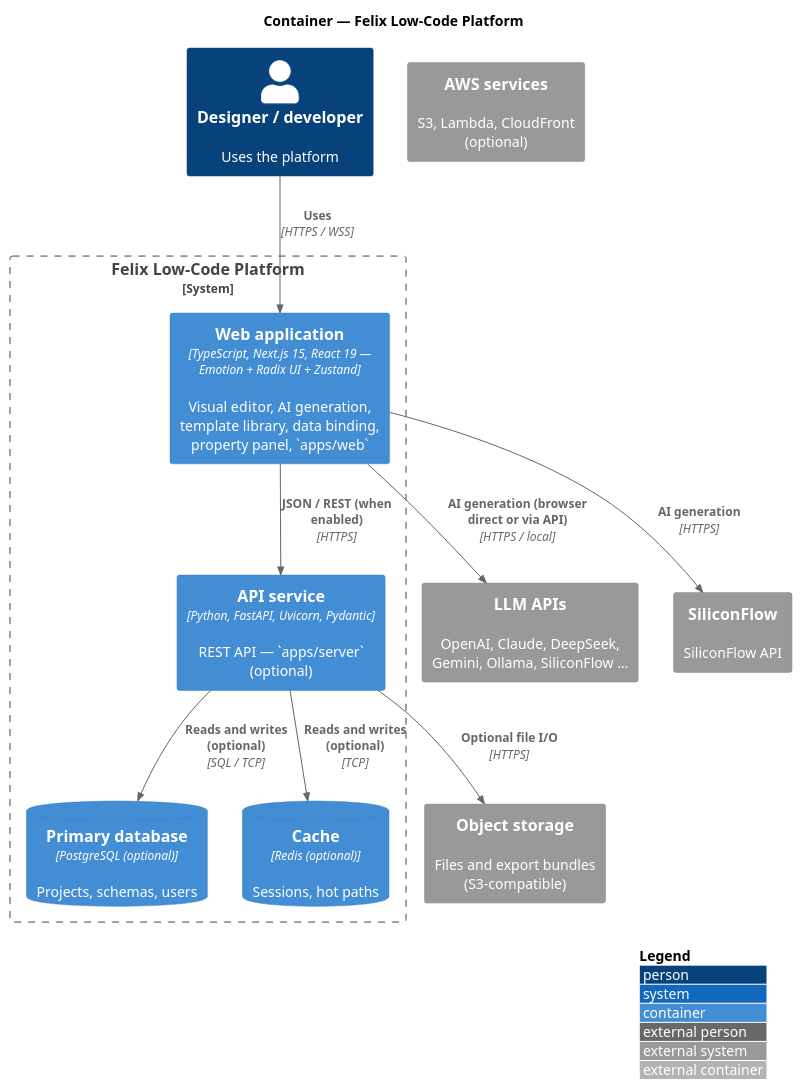
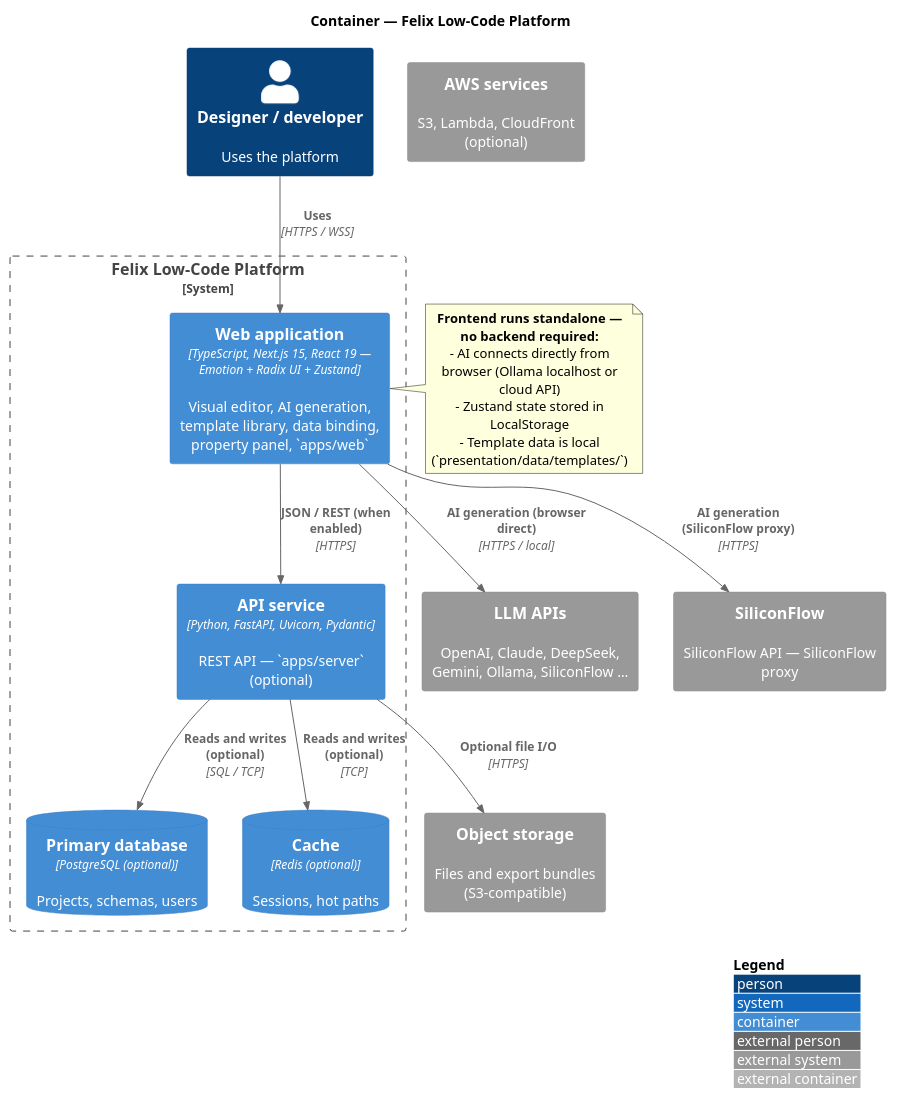
Before and after one commit to felixzhu97/low-code-platform: the diagram in docs/en/architecture/c4/c4-container.puml, drawn with PlantUML. The commit also changed 43 other files, not shown here.

First line of the commit message:
refactor: split templates.ts into category files + update architecture docs

```diff
--- a/docs/en/architecture/c4/c4-container.puml
+++ b/docs/en/architecture/c4/c4-container.puml
@@ -1,30 +1,37 @@
 @startuml c4-container-felix-low-code
 !include https://raw.githubusercontent.com/plantuml-stdlib/C4-PlantUML/master/C4_Container.puml
 
 LAYOUT_WITH_LEGEND()
 
 title Container — Felix Low-Code Platform
 
 Person(user, "Designer / developer", "Uses the platform")
 
 System_Boundary(boundary, "Felix Low-Code Platform") {
     Container(web, "Web application", "TypeScript, Next.js 15, React 19 — Emotion + Radix UI + Zustand", "Visual editor, AI generation, template library, data binding, property panel, `apps/web`")
     Container(api, "API service", "Python, FastAPI, Uvicorn, Pydantic", "REST API — `apps/server` (optional)")
     ContainerDb(db, "Primary database", "PostgreSQL (optional)", "Projects, schemas, users")
     ContainerDb(cache, "Cache", "Redis (optional)", "Sessions, hot paths")
 }
 
 System_Ext(llm, "LLM APIs", "OpenAI, Claude, DeepSeek, Gemini, Ollama, SiliconFlow …")
-System_Ext(sf, "SiliconFlow", "SiliconFlow API")
+System_Ext(sf, "SiliconFlow", "SiliconFlow API — SiliconFlow proxy")
 System_Ext(object_store, "Object storage", "Files and export bundles (S3-compatible)")
 System_Ext(aws, "AWS services", "S3, Lambda, CloudFront (optional)")
 
 Rel(user, web, "Uses", "HTTPS / WSS")
 Rel(web, api, "JSON / REST (when enabled)", "HTTPS")
 Rel(api, db, "Reads and writes (optional)", "SQL / TCP")
 Rel(api, cache, "Reads and writes (optional)", "TCP")
 Rel(api, object_store, "Optional file I/O", "HTTPS")
-Rel(web, llm, "AI generation (browser direct or via API)", "HTTPS / local")
-Rel(web, sf, "AI generation", "HTTPS")
+Rel(web, llm, "AI generation (browser direct)", "HTTPS / local")
+Rel(web, sf, "AI generation (SiliconFlow proxy)", "HTTPS")
+
+note right of web
+  **Frontend runs standalone — no backend required:**
+  - AI connects directly from browser (Ollama localhost or cloud API)
+  - Zustand state stored in LocalStorage
+  - Template data is local (`presentation/data/templates/`)
+end note
 
 @enduml
```
